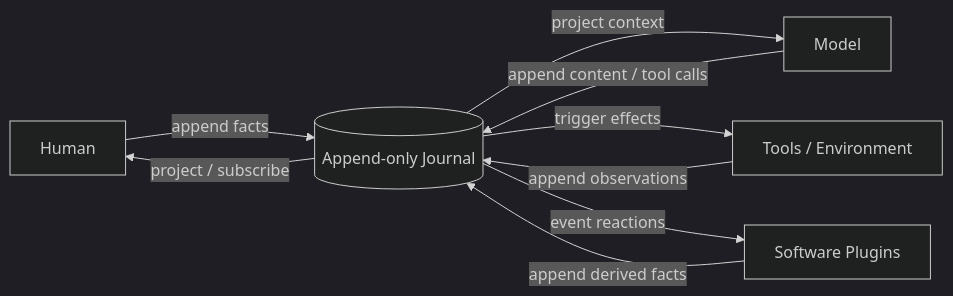
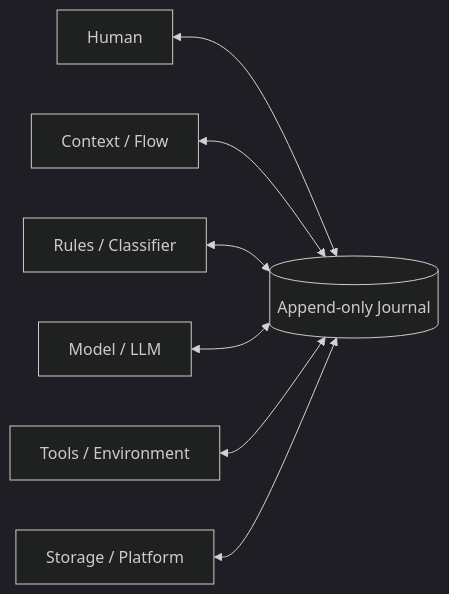
The first of 4 diagrams in README.en.md (liz-public/knot-agent), drawn with Mermaid (dark theme) before and after one commit. The commit also changed other lines of this file and 7 other files, not shown here.

````diff
--- a/README.en.md
+++ b/README.en.md
@@ -17,18 +56,9 @@
 ```mermaid
 flowchart LR
-  H[Human]
-  M[Model]
-  T[Tools / Environment]
-  P[Software Plugins]
-  J[(Append-only Journal)]
-
-  H -->|append facts| J
-  M -->|append content / tool calls| J
-  T -->|append observations| J
-  P -->|append derived facts| J
-
-  J -->|project / subscribe| H
-  J -->|project context| M
-  J -->|trigger effects| T
-  J -->|event reactions| P
+  U[Human] <--> J[(Append-only Journal)]
+  C[Context / Flow] <--> J
+  R[Rules / Classifier] <--> J
+  M[Model / LLM] <--> J
+  T[Tools / Environment] <--> J
+  P[Storage / Platform] <--> J
 ```
````
